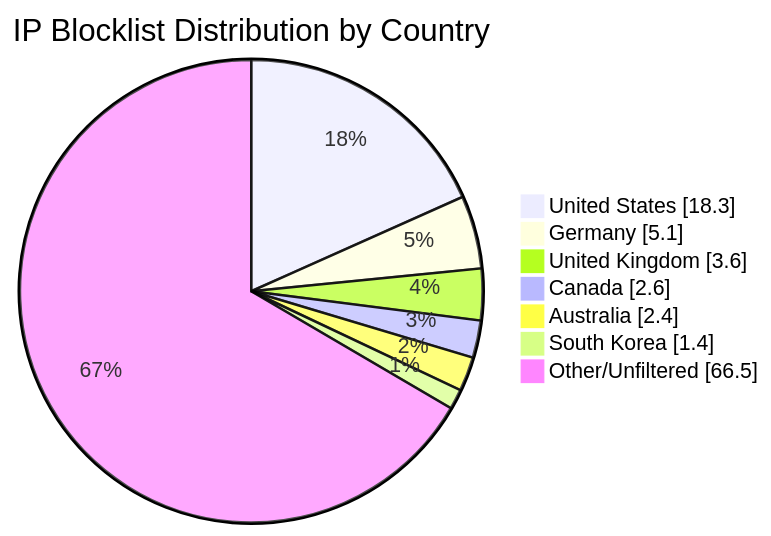
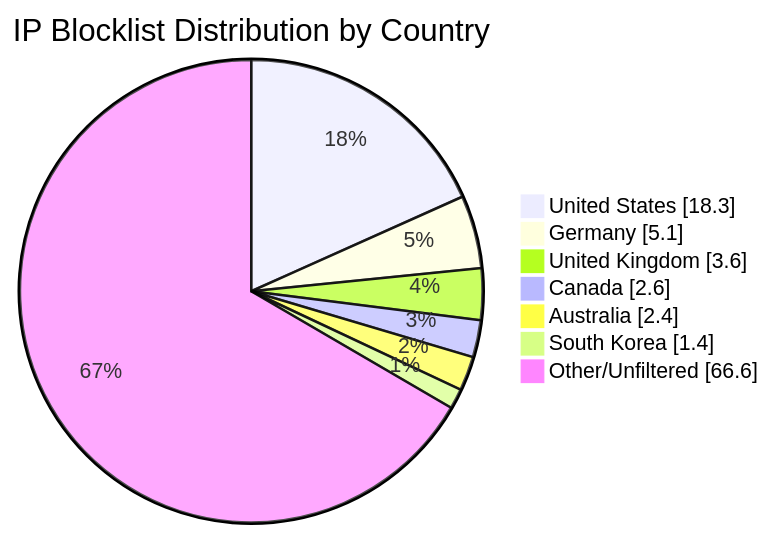
Before and after one commit to MarcusHoltz/ipblocklist-geofiltered-aggregator: the diagram in README.md, drawn with Mermaid. The commit also changed other lines of this file and 9 other files, not shown here.

````diff
--- a/README.md
+++ b/README.md
@@ -34,10 +34,10 @@
 ```mermaid
 pie showData title IP Blocklist Distribution by Country
 "United States" : 18.3
 "Germany" : 5.1
 "United Kingdom" : 3.6
 "Canada" : 2.6
 "Australia" : 2.4
 "South Korea" : 1.4
-"Other/Unfiltered" : 66.5
+"Other/Unfiltered" : 66.6
 ```
````
